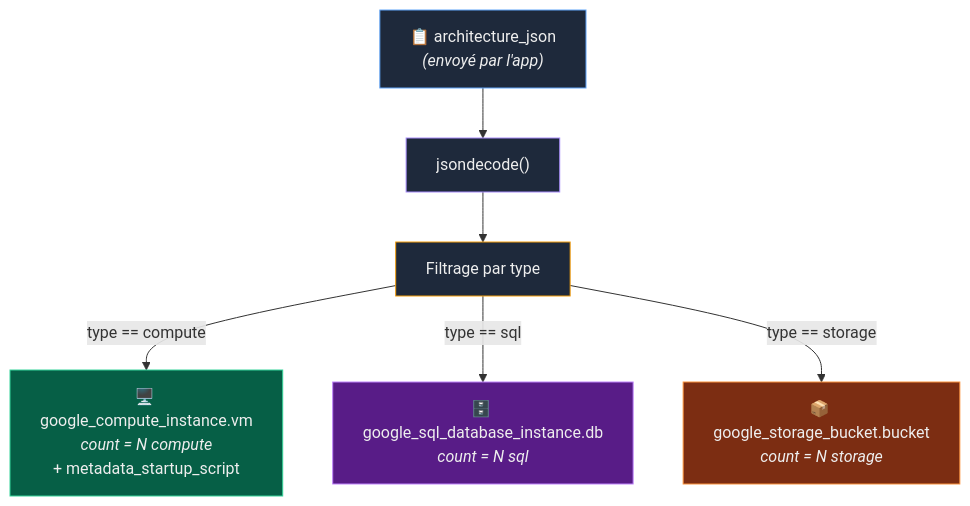
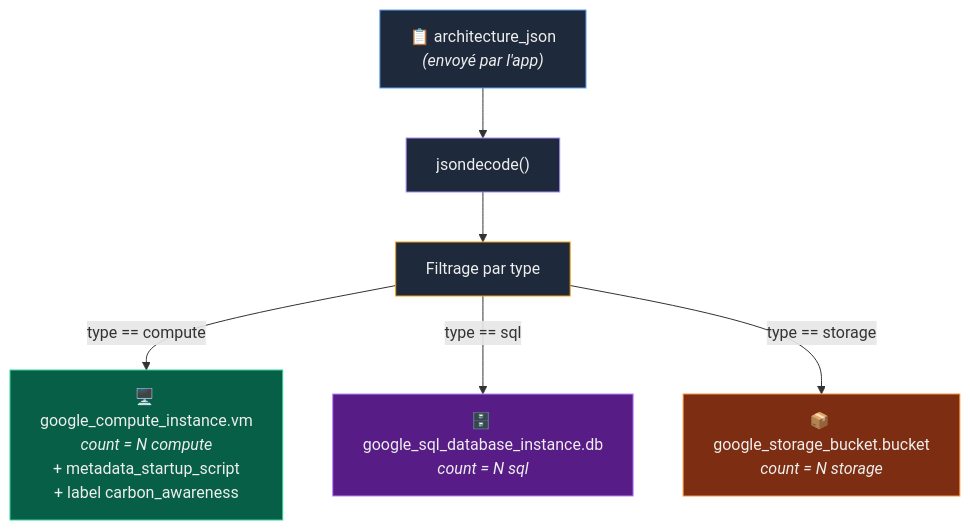
Before and after one commit to HichOps/EcoArch: the fifth of 6 diagrams in README.md, drawn with Mermaid. The commit also changed other lines of this file and 7 other files, not shown here.

````diff
--- a/README.md
+++ b/README.md
@@ -235,22 +307,22 @@
 ```mermaid
 graph TD
     JSON["📋 architecture_json<br/><i>(envoyé par l'app)</i>"]
     DECODE["jsondecode()"]
     FILTER["Filtrage par type"]
 
-    VM["🖥️ google_compute_instance.vm<br/><i>count = N compute</i><br/>+ metadata_startup_script"]
+    VM["🖥️ google_compute_instance.vm<br/><i>count = N compute</i><br/>+ metadata_startup_script<br/>+ label carbon_awareness"]
     SQL["🗄️ google_sql_database_instance.db<br/><i>count = N sql</i>"]
     GCS["📦 google_storage_bucket.bucket<br/><i>count = N storage</i>"]
 
     JSON --> DECODE --> FILTER
     FILTER -->|type == compute| VM
     FILTER -->|type == sql| SQL
     FILTER -->|type == storage| GCS
 
     style JSON fill:#1e293b,stroke:#60a5fa,color:#eee
     style DECODE fill:#1e293b,stroke:#a78bfa,color:#eee
     style FILTER fill:#1e293b,stroke:#f59e0b,color:#eee
     style VM fill:#065f46,stroke:#34d399,color:#eee
     style SQL fill:#581c87,stroke:#c084fc,color:#eee
     style GCS fill:#7c2d12,stroke:#fb923c,color:#eee
 ```
````
